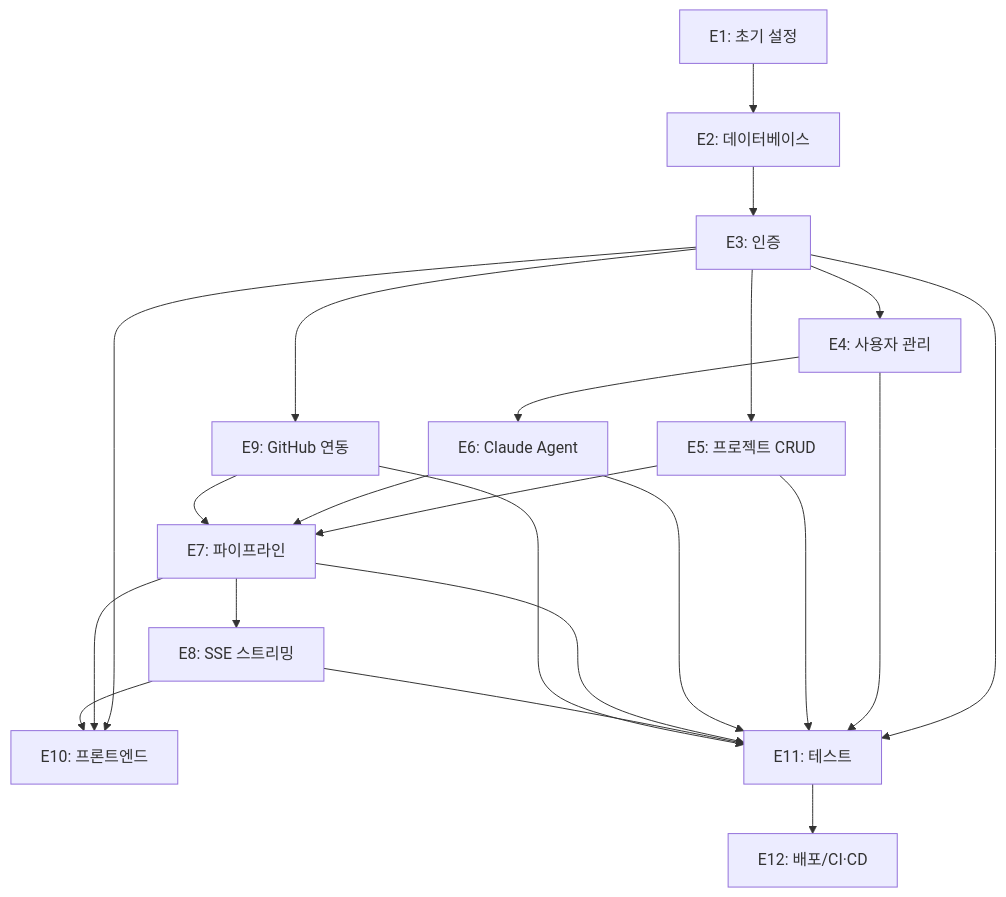
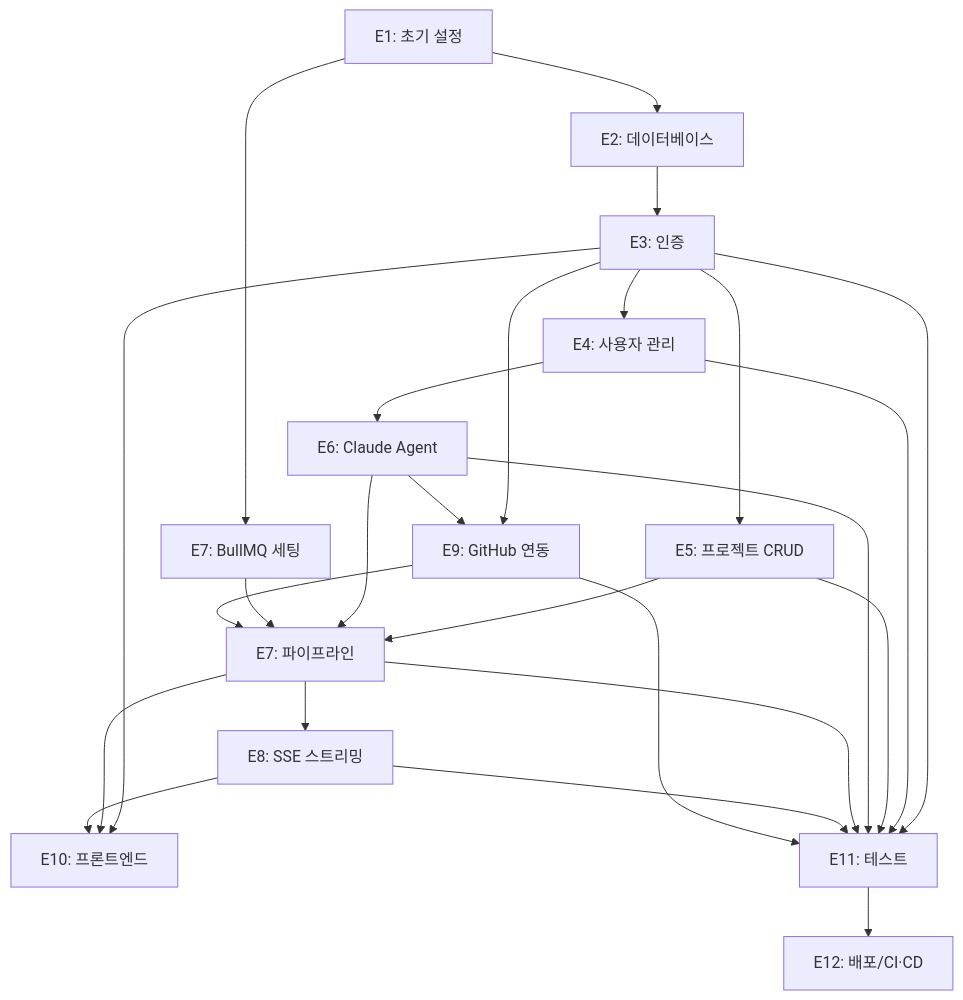
One commit to Gomdadi/mvp-builder changed the diagram in docs/08/task-breakdown.md. Above: the diagram before and after it, drawn with Mermaid. The commit also changed other lines of this file and 1 other file, not shown here.

````diff
--- a/docs/08/task-breakdown.md
+++ b/docs/08/task-breakdown.md
@@ -345,24 +368,27 @@
 ```mermaid
 flowchart TD
     E1["E1: 초기 설정"] --> E2["E2: 데이터베이스"]
     E2 --> E3["E3: 인증"]
+    E1 --> E7_BullMQ["E7: BullMQ 세팅"]
     E3 --> E4["E4: 사용자 관리"]
     E3 --> E5["E5: 프로젝트 CRUD"]
     E4 --> E6["E6: Claude Agent"]
     E5 --> E7["E7: 파이프라인"]
     E6 --> E7
+    E7_BullMQ --> E7
     E7 --> E8["E8: SSE 스트리밍"]
     E3 --> E9["E9: GitHub 연동"]
+    E6 --> E9
     E9 --> E7
     E3 --> E10["E10: 프론트엔드"]
     E7 --> E10
     E8 --> E10
     E3 --> E11["E11: 테스트"]
     E4 --> E11
     E5 --> E11
     E6 --> E11
     E7 --> E11
     E8 --> E11
     E9 --> E11
     E11 --> E12["E12: 배포/CI·CD"]
 ```
````
